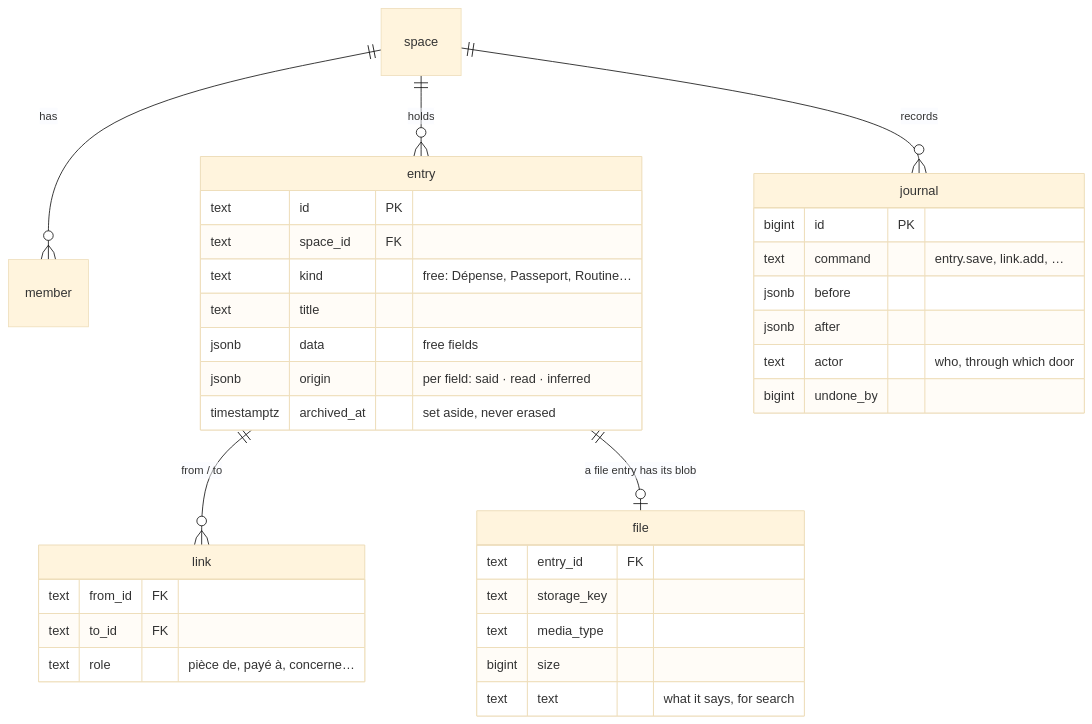
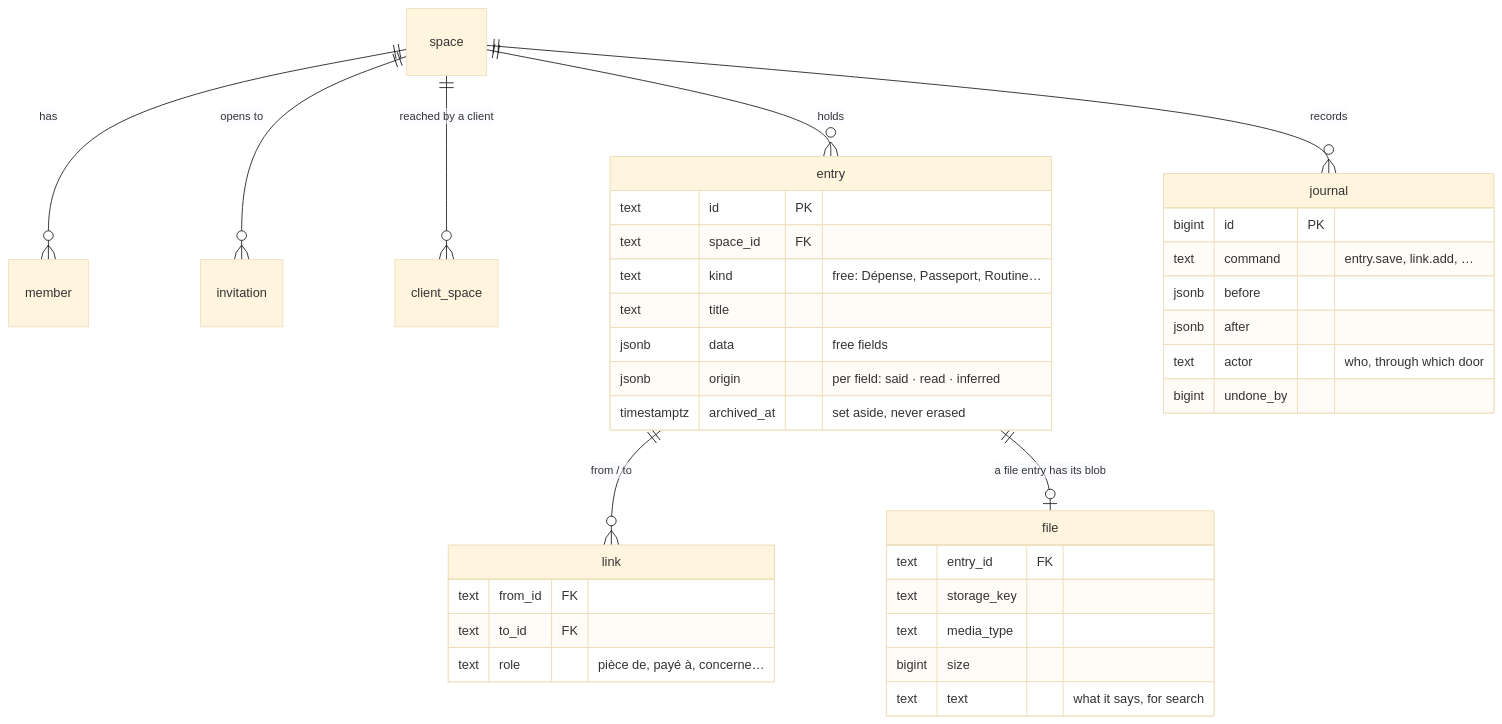
One commit to Jean-claude21/jarvis-os changed the second of 2 diagrams in docs/ARCHITECTURE.md. Above: the diagram before and after it, drawn with Mermaid (base theme). The commit also changed other lines of this file and 32 other files, not shown here.

First line of the commit message:
feat(spaces): shared spaces and charters, and the first fixes seen with Claude (spec 004)

````diff
--- a/docs/ARCHITECTURE.md
+++ b/docs/ARCHITECTURE.md
@@ -30,37 +30,39 @@
 ```mermaid
 erDiagram
   space ||--o{ member : has
+  space ||--o{ invitation : "opens to"
+  space ||--o{ client_space : "reached by a client"
   space ||--o{ entry : holds
   entry ||--o{ link : "from / to"
   entry ||--o| file : "a file entry has its blob"
   space ||--o{ journal : records
   entry {
     text id PK
     text space_id FK
     text kind "free: Dépense, Passeport, Routine…"
     text title
     jsonb data "free fields"
     jsonb origin "per field: said · read · inferred"
     timestamptz archived_at "set aside, never erased"
   }
   link {
     text from_id FK
     text to_id FK
     text role "pièce de, payé à, concerne…"
   }
   journal {
     bigint id PK
     text command "entry.save, link.add, …"
     jsonb before
     jsonb after
     text actor "who, through which door"
     bigint undone_by
   }
   file {
     text entry_id FK
     text storage_key
     text media_type
     bigint size
     text text "what it says, for search"
   }
 ```
````
